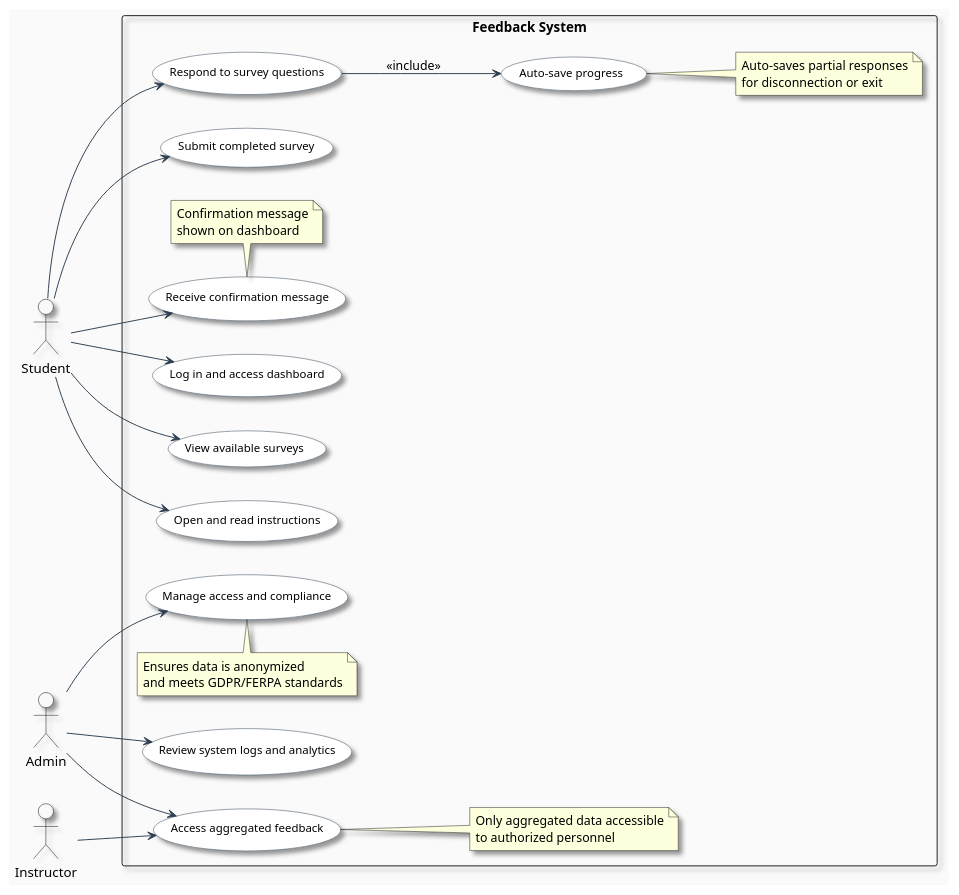
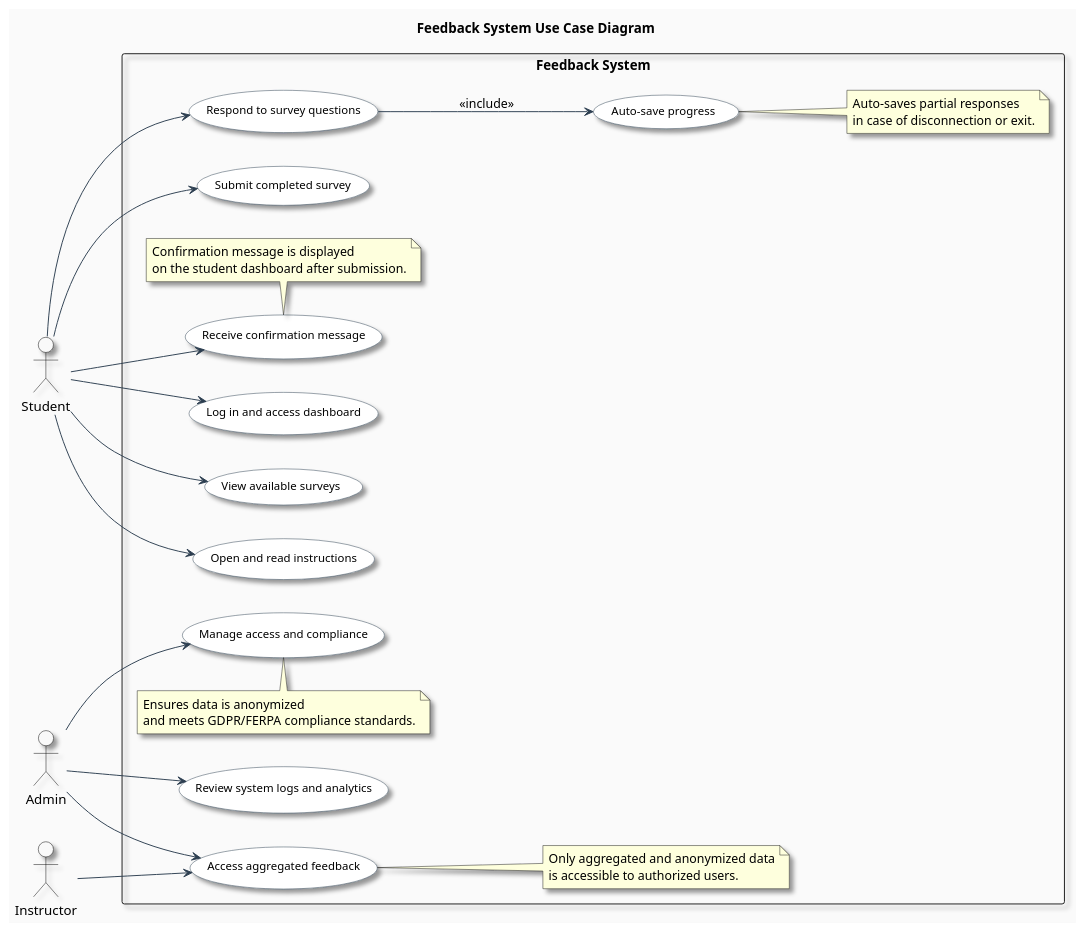
Before and after one commit to bahati7/MKB-cohort-2-Demo: the diagram in doc/usecases/plantUML/tempUC-ProvideFeedback.puml, drawn with PlantUML.

Commit message:
Enhanced readability and completeness of Feedback System use case diagram #22
- Added title to the diagram for better context and presentation.
- Improved formatting by grouping flows (Student, Instructor, Admin) using clear section comments.
- Enhanced use case labels and notes for consistent style and better clarity.
- Used <<include>> stereotype to clarify relationship between survey response and auto-save.
- Applied consistent indentation and spacing to improve maintainability.
- Ensured diagram meets documentation standards for 100% readability in markdown environments.

```diff
--- a/doc/usecases/plantUML/tempUC-ProvideFeedback.puml
+++ b/doc/usecases/plantUML/tempUC-ProvideFeedback.puml
@@ -1,79 +1,86 @@
 @startuml provide_feedback_usecase
 
+' Diagram Settings
 left to right direction
 skinparam backgroundColor #FAFAFA
 skinparam shadowing true
 
 skinparam actor {
     BackgroundColor #f9f9f9
     BorderColor Black
     FontColor Black
     Shadowing true
 }
 
 skinparam usecase {
     BackgroundColor White
     BorderColor #2C3E50
     ArrowColor #2C3E50
     FontColor Black
     FontSize 12
     Shadowing true
     RoundCorner 20
 }
 
+' Actors
 actor Student
 actor Instructor
 actor Admin
 
+' System Boundary
 rectangle "Feedback System" {
+    ' Use Cases
     usecase UC_LoginDashboard as "Log in and access dashboard"
     usecase UC_ViewSurveys as "View available surveys"
     usecase UC_ReadInstructions as "Open and read instructions"
     usecase UC_Respond as "Respond to survey questions"
     usecase UC_AutoSave as "Auto-save progress"
     usecase UC_Submit as "Submit completed survey"
     usecase UC_Confirm as "Receive confirmation message"
     usecase UC_Review as "Access aggregated feedback"
     usecase UC_Logs as "Review system logs and analytics"
     usecase UC_Privacy as "Manage access and compliance"
 
-    ' Student Flow
+    'Student Flow
     Student --> UC_LoginDashboard
     Student --> UC_ViewSurveys
     Student --> UC_ReadInstructions
     Student --> UC_Respond
     UC_Respond --> UC_AutoSave : <<include>>
     Student --> UC_Submit
     Student --> UC_Confirm
 
     ' Instructor Flow
     Instructor --> UC_Review
 
     ' Admin Flow
     Admin --> UC_Review
     Admin --> UC_Logs
     Admin --> UC_Privacy
 
     ' Notes for clarifications
     note right of UC_AutoSave
         Auto-saves partial responses
-        for disconnection or exit
+        in case of disconnection or exit.
     end note
 
     note bottom of UC_Confirm
-        Confirmation message
-        shown on dashboard
+        Confirmation message is displayed
+        on the student dashboard after submission.
     end note
 
     note top of UC_Privacy
         Ensures data is anonymized
-        and meets GDPR/FERPA standards
+        and meets GDPR/FERPA compliance standards.
     end note
 
     note right of UC_Review
-        Only aggregated data accessible
-        to authorized personnel
+        Only aggregated and anonymized data
+        is accessible to authorized users.
     end note
 }
 
+' Diagram Title
+title Feedback System Use Case Diagram
+
 @enduml
```
